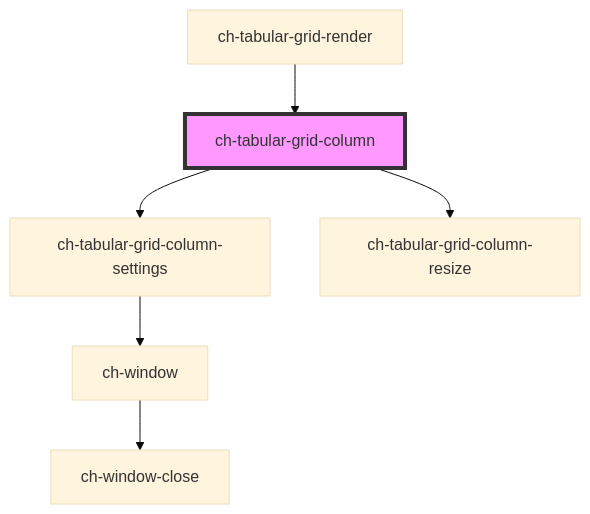
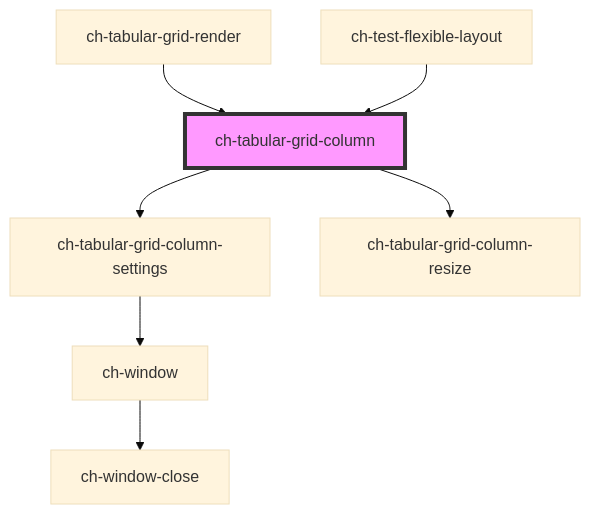
Before and after one commit to genexuslabs/chameleon-controls-library: the diagram in src/components/tabular-grid/column/readme.md, drawn with Mermaid (base theme). The commit also changed other lines of this file and 15 other files, not shown here.

````diff
--- a/src/components/tabular-grid/column/readme.md
+++ b/src/components/tabular-grid/column/readme.md
@@ -91,9 +92,10 @@
 ```mermaid
 graph TD;
   ch-tabular-grid-column --> ch-tabular-grid-column-settings
   ch-tabular-grid-column --> ch-tabular-grid-column-resize
   ch-tabular-grid-column-settings --> ch-window
   ch-window --> ch-window-close
   ch-tabular-grid-render --> ch-tabular-grid-column
+  ch-test-flexible-layout --> ch-tabular-grid-column
   style ch-tabular-grid-column fill:#f9f,stroke:#333,stroke-width:4px
 ```
````
